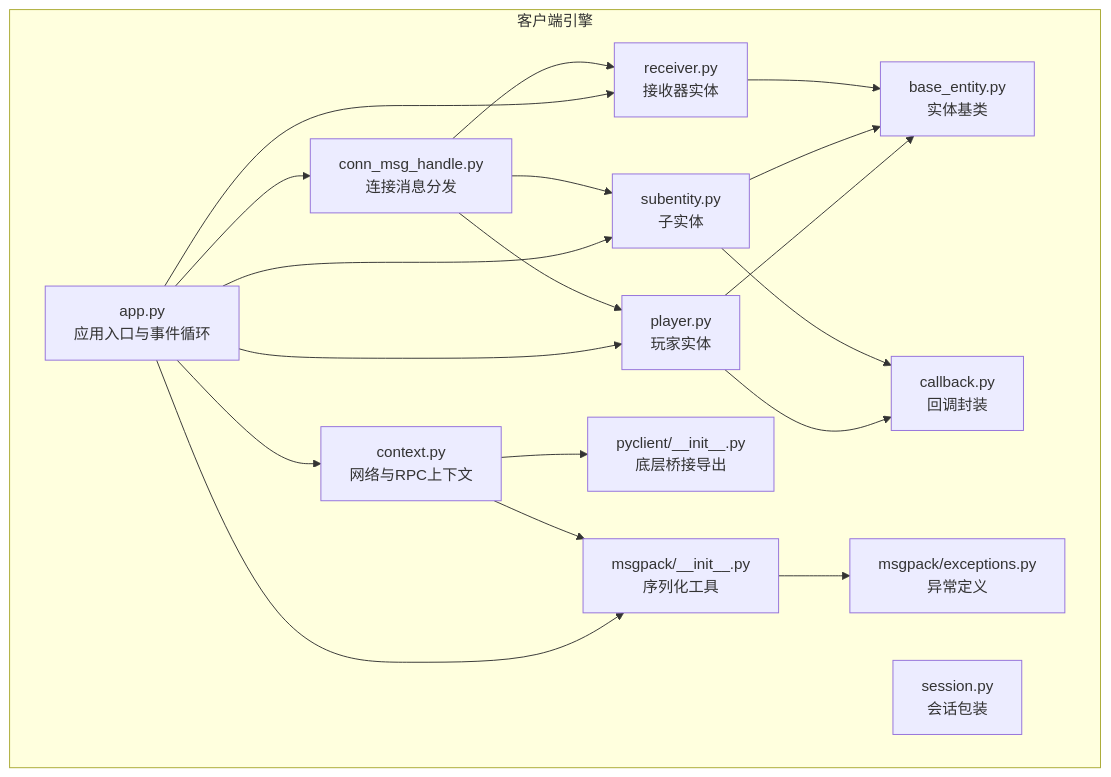
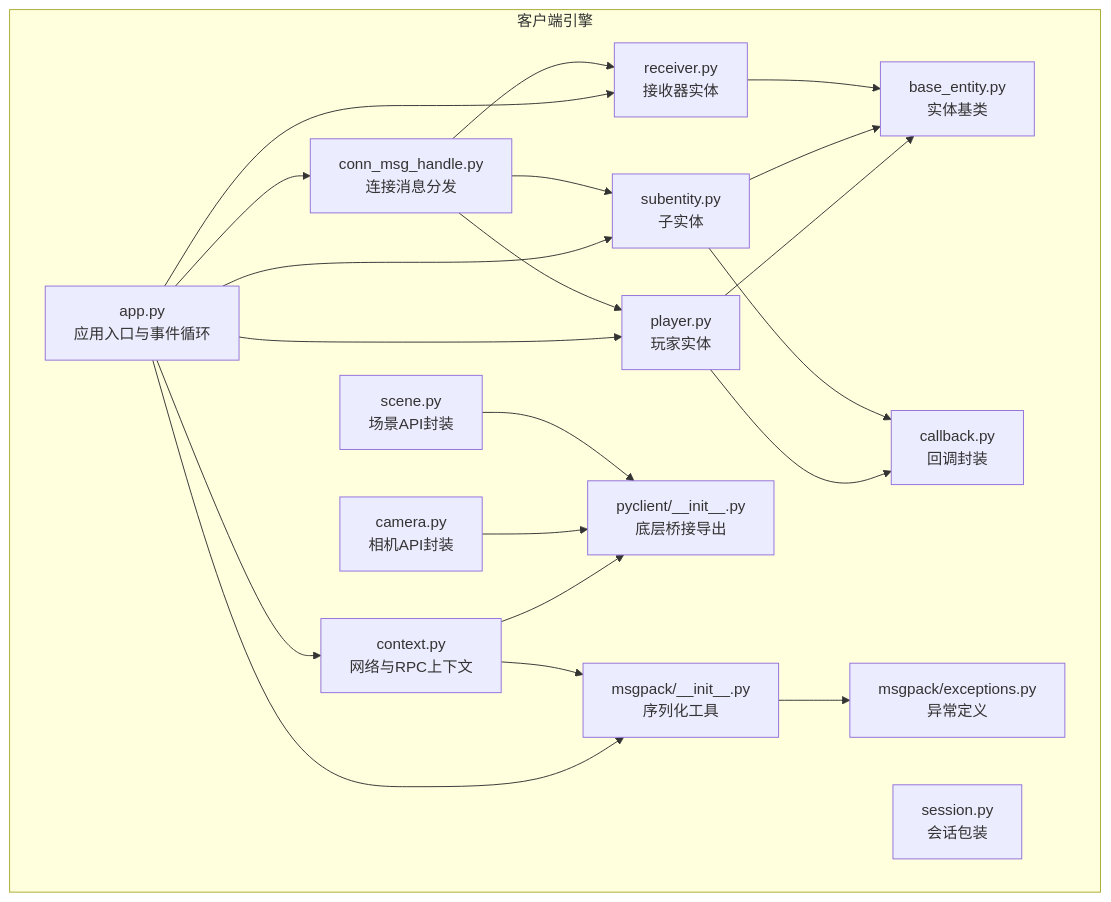
Before and after one commit to qianqians/geese: the first of 8 diagrams in .qoder/repowiki/zh/content/API 参考/客户端 API/Python 客户端 API.md, drawn with Mermaid. The commit also changed other lines of this file and 8 other files, not shown here.

````diff
--- a/.qoder/repowiki/zh/content/API 参考/客户端 API/Python 客户端 API.md
+++ b/.qoder/repowiki/zh/content/API 参考/客户端 API/Python 客户端 API.md
@@ -40,34 +50,38 @@
 ```mermaid
 graph TB
 subgraph "客户端引擎"
 A["app.py<br/>应用入口与事件循环"]
 B["context.py<br/>网络与RPC上下文"]
 C["session.py<br/>会话包装"]
 D["base_entity.py<br/>实体基类"]
 E["player.py<br/>玩家实体"]
 F["subentity.py<br/>子实体"]
 G["receiver.py<br/>接收器实体"]
 H["callback.py<br/>回调封装"]
 I["conn_msg_handle.py<br/>连接消息分发"]
 J["msgpack/__init__.py<br/>序列化工具"]
 K["msgpack/exceptions.py<br/>异常定义"]
 L["pyclient/__init__.py<br/>底层桥接导出"]
+M["camera.py<br/>相机API封装"]
+N["scene.py<br/>场景API封装"]
 end
 A --> B
 A --> I
 A --> E
 A --> F
 A --> G
 B --> L
 E --> D
 F --> D
 G --> D
 E --> H
 F --> H
 I --> E
 I --> F
 I --> G
 A --> J
 B --> J
 J --> K
+M --> L
+N --> L
 ```
````
